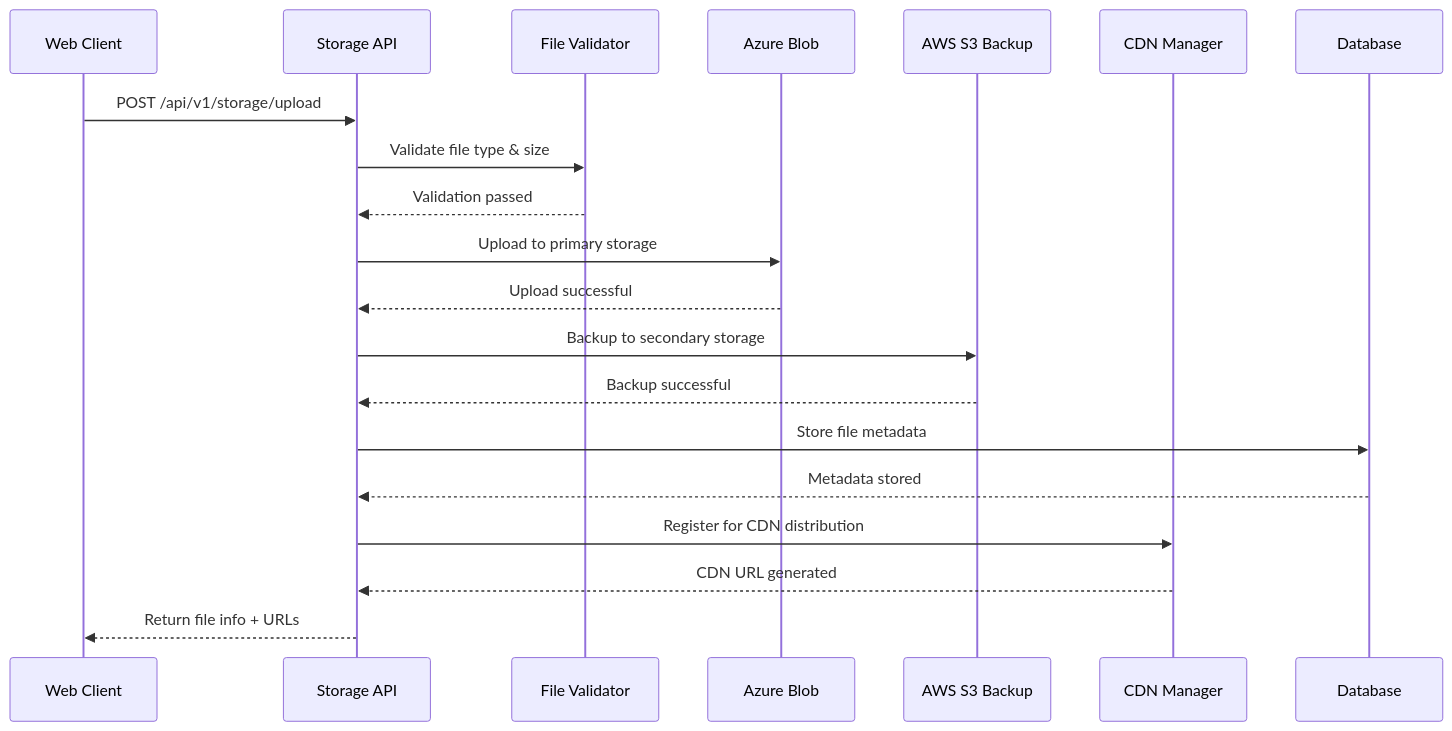
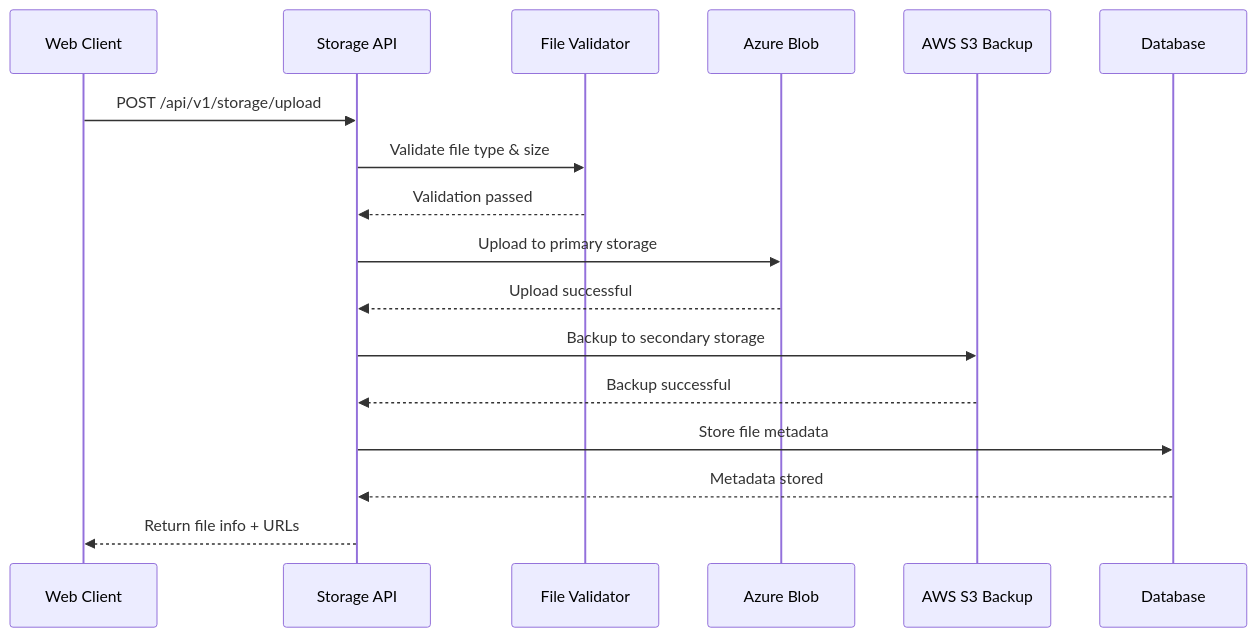
One commit to VisioBook-ESP/docs-architecture changed the second of 4 diagrams in docs/api/support-storage-service.md. Above: the diagram before and after it, drawn with Mermaid. The commit also changed other lines of this file and 3 other files, not shown here.

````diff
--- a/docs/api/support-storage-service.md
+++ b/docs/api/support-storage-service.md
@@ -782,23 +669,20 @@
 ```mermaid
 sequenceDiagram
     participant Client as Web Client
     participant API as Storage API
     participant Validator as File Validator
     participant Azure as Azure Blob
     participant S3 as AWS S3 Backup
-    participant CDN as CDN Manager
     participant DB as Database
 
     Client->>API: POST /api/v1/storage/upload
     API->>Validator: Validate file type & size
     Validator-->>API: Validation passed
     API->>Azure: Upload to primary storage
     Azure-->>API: Upload successful
     API->>S3: Backup to secondary storage
     S3-->>API: Backup successful
     API->>DB: Store file metadata
     DB-->>API: Metadata stored
-    API->>CDN: Register for CDN distribution
-    CDN-->>API: CDN URL generated
     API-->>Client: Return file info + URLs
 ```
````
